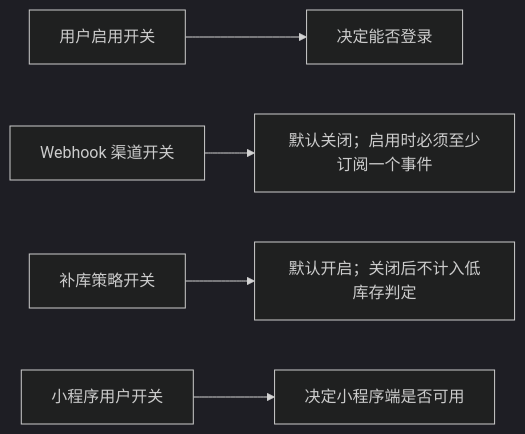
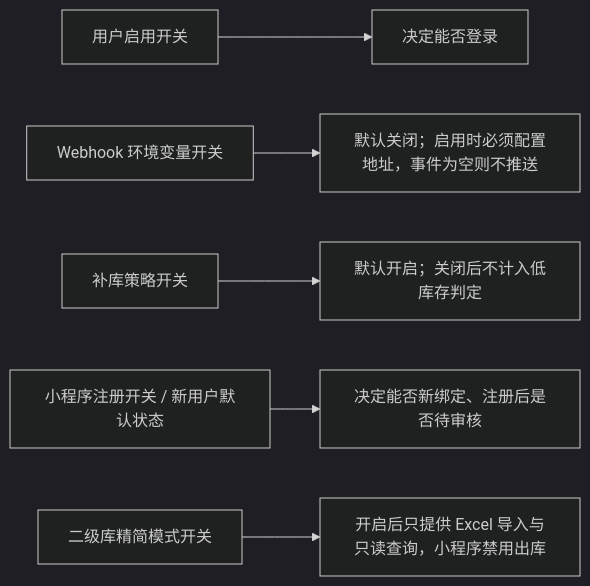
Before and after one commit to Sakana-1314/Electrical-Manager: diagram 19 of 21 in docs/websites/pages/dev-data-model.md, drawn with Mermaid (dark theme). The commit also changed other lines of this file and 74 other files, not shown here.

````diff
--- a/docs/websites/pages/dev-data-model.md
+++ b/docs/websites/pages/dev-data-model.md
@@ -823,7 +814,8 @@
 ```mermaid
 flowchart LR
     U["用户启用开关"] --> U1["决定能否登录"]
-    W["Webhook 渠道开关"] --> W1["默认关闭；启用时必须至少订阅一个事件"]
+    W["Webhook 环境变量开关"] --> W1["默认关闭；启用时必须配置地址，事件为空则不推送"]
     P["补库策略开关"] --> P1["默认开启；关闭后不计入低库存判定"]
-    M["小程序用户开关"] --> M1["决定小程序端是否可用"]
+    M["小程序注册开关 / 新用户默认状态"] --> M1["决定能否新绑定、注册后是否待审核"]
+    L["二级库精简模式开关"] --> L1["开启后只提供 Excel 导入与只读查询，小程序禁用出库"]
 ```
````
